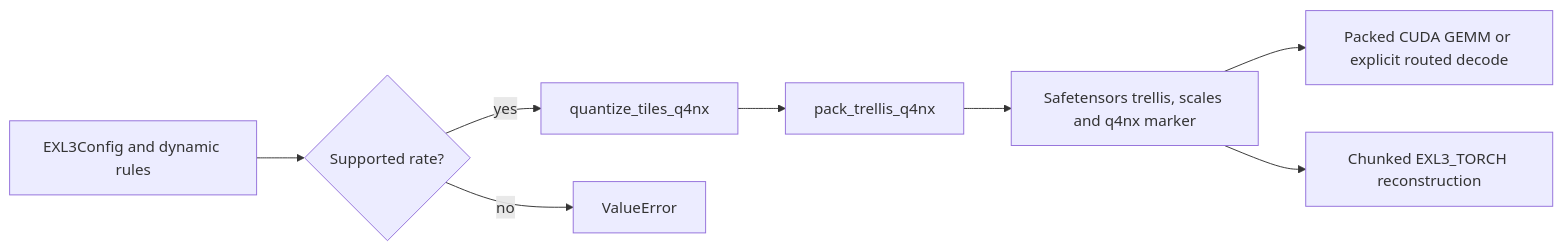
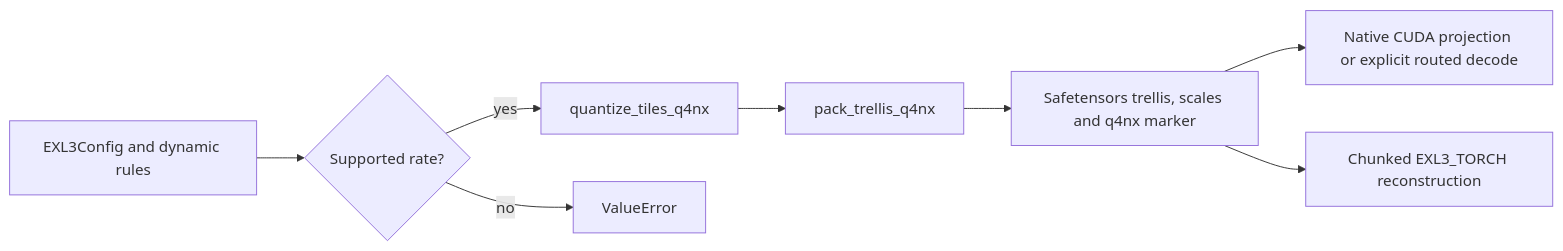
Before and after one commit to ModelCloud/GPTQModel: the first of 2 diagrams in docs/exl3-native-decode.md, drawn with Mermaid. The commit also changed other lines of this file and 9 other files, not shown here.

Commit message:
Speed up Q4NX CUDA decode and large prefill

````diff
--- a/docs/exl3-native-decode.md
+++ b/docs/exl3-native-decode.md
@@ -55,10 +55,10 @@
 ```mermaid
 flowchart LR
     C["EXL3Config and dynamic rules"] --> R{"Supported rate?"}
     R -->|yes| V["quantize_tiles_q4nx"]
     R -->|no| E["ValueError"]
     V --> P["pack_trellis_q4nx"]
     P --> S["Safetensors trellis, scales and q4nx marker"]
-    S --> G["Packed CUDA GEMM or explicit routed decode"]
+    S --> G["Native CUDA projection or explicit routed decode"]
     S --> T["Chunked EXL3_TORCH reconstruction"]
 ```
````
